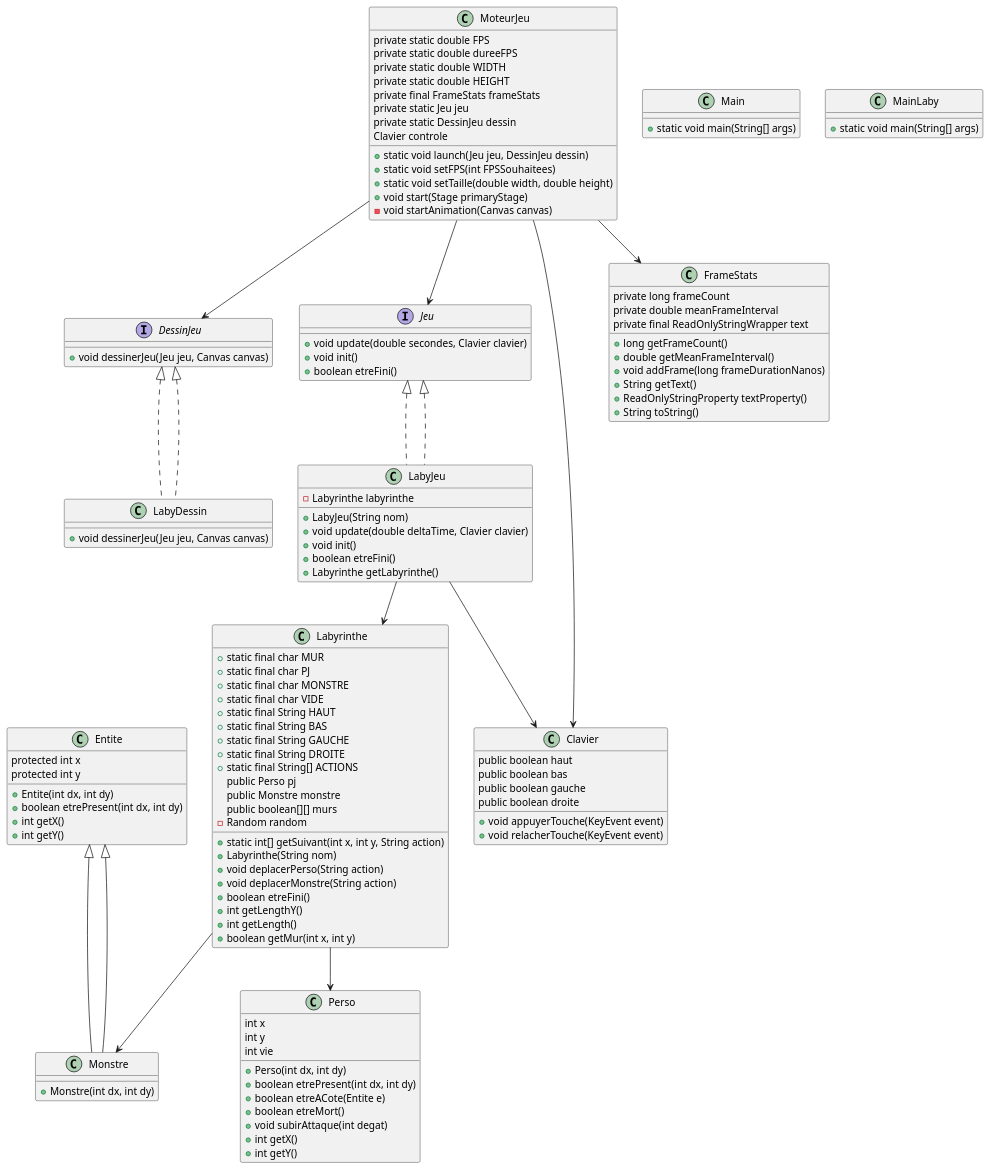
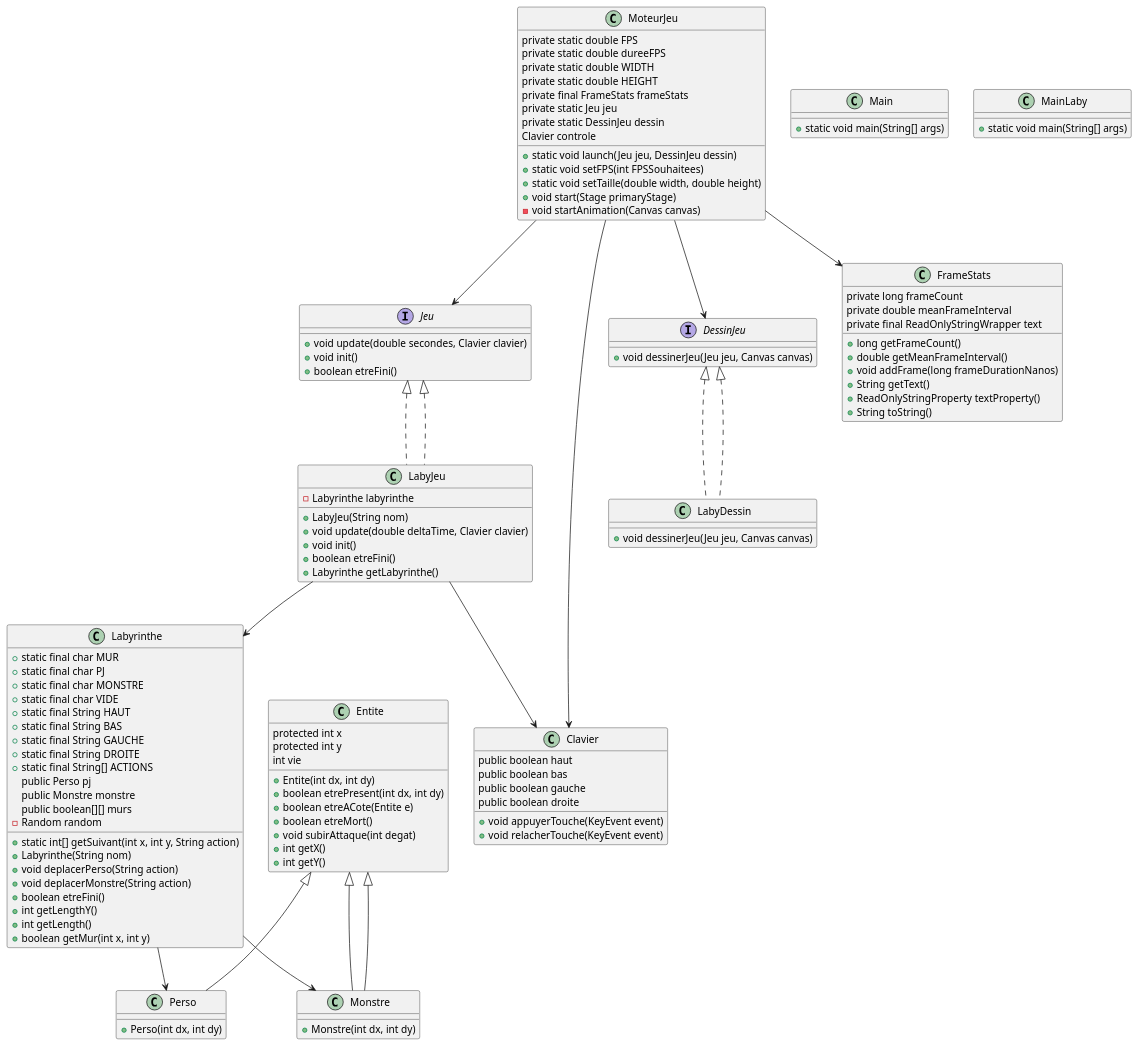
The diagram in zeldiablo/src/gameLaby/laby/Diagramme.puml (Maev975/Jeu_Zeldiablo), drawn with PlantUML before and after one commit.

Commit message:
modification du diagramme de classe

```diff
--- a/zeldiablo/src/gameLaby/laby/Diagramme.puml
+++ b/zeldiablo/src/gameLaby/laby/Diagramme.puml
@@ -1,133 +1,129 @@
 @startuml
 
 class Entite {
     protected int x
     protected int y
+    int vie
     + Entite(int dx, int dy)
     + boolean etrePresent(int dx, int dy)
+    + boolean etreACote(Entite e)
+    + boolean etreMort()
+    + void subirAttaque(int degat)
     + int getX()
     + int getY()
 }
 
 class LabyDessin implements DessinJeu {
     + void dessinerJeu(Jeu jeu, Canvas canvas)
 }
 
 class LabyJeu implements Jeu {
     - Labyrinthe labyrinthe
     + LabyJeu(String nom)
     + void update(double deltaTime, Clavier clavier)
     + void init()
     + boolean etreFini()
     + Labyrinthe getLabyrinthe()
 }
 
 class Main {
     + static void main(String[] args)
 }
 
 class Labyrinthe {
     + static final char MUR
     + static final char PJ
     + static final char MONSTRE
     + static final char VIDE
     + static final String HAUT
     + static final String BAS
     + static final String GAUCHE
     + static final String DROITE
     + static final String[] ACTIONS
     public Perso pj
     public Monstre monstre
     public boolean[][] murs
     - Random random
     + static int[] getSuivant(int x, int y, String action)
     + Labyrinthe(String nom)
     + void deplacerPerso(String action)
     + void deplacerMonstre(String action)
     + boolean etreFini()
     + int getLengthY()
     + int getLength()
     + boolean getMur(int x, int y)
 }
 
 class MainLaby {
     + static void main(String[] args)
 }
 
 class Monstre extends Entite {
     + Monstre(int dx, int dy)
 }
 
 class Perso {
-    int x
-    int y
-    int vie
     + Perso(int dx, int dy)
-    + boolean etrePresent(int dx, int dy)
-    + boolean etreACote(Entite e)
-    + boolean etreMort()
-    + void subirAttaque(int degat)
-    + int getX()
-    + int getY()
 }
 
 class Clavier {
     public boolean haut
     public boolean bas
     public boolean gauche
     public boolean droite
     + void appuyerTouche(KeyEvent event)
     + void relacherTouche(KeyEvent event)
 }
 
 interface DessinJeu {
     + void dessinerJeu(Jeu jeu, Canvas canvas)
 }
 
 class FrameStats {
     private long frameCount
     private double meanFrameInterval
     private final ReadOnlyStringWrapper text
     + long getFrameCount()
     + double getMeanFrameInterval()
     + void addFrame(long frameDurationNanos)
     + String getText()
     + ReadOnlyStringProperty textProperty()
     + String toString()
 }
 
 interface Jeu {
     + void update(double secondes, Clavier clavier)
     + void init()
     + boolean etreFini()
 }
 
 class MoteurJeu {
     private static double FPS
     private static double dureeFPS
     private static double WIDTH
     private static double HEIGHT
     private final FrameStats frameStats
     private static Jeu jeu
     private static DessinJeu dessin
     Clavier controle
     + static void launch(Jeu jeu, DessinJeu dessin)
     + static void setFPS(int FPSSouhaitees)
     + static void setTaille(double width, double height)
     + void start(Stage primaryStage)
     - void startAnimation(Canvas canvas)
 }
 
 Entite <|-- Monstre
+Entite <|- Perso
 LabyJeu --> Labyrinthe
 Labyrinthe --> Perso
 Labyrinthe --> Monstre
 DessinJeu <|.. LabyDessin
 Jeu <|.. LabyJeu
 LabyJeu --> Clavier
 MoteurJeu --> FrameStats
 MoteurJeu --> Clavier
 MoteurJeu --> Jeu
 MoteurJeu --> DessinJeu
 
 @enduml
```
